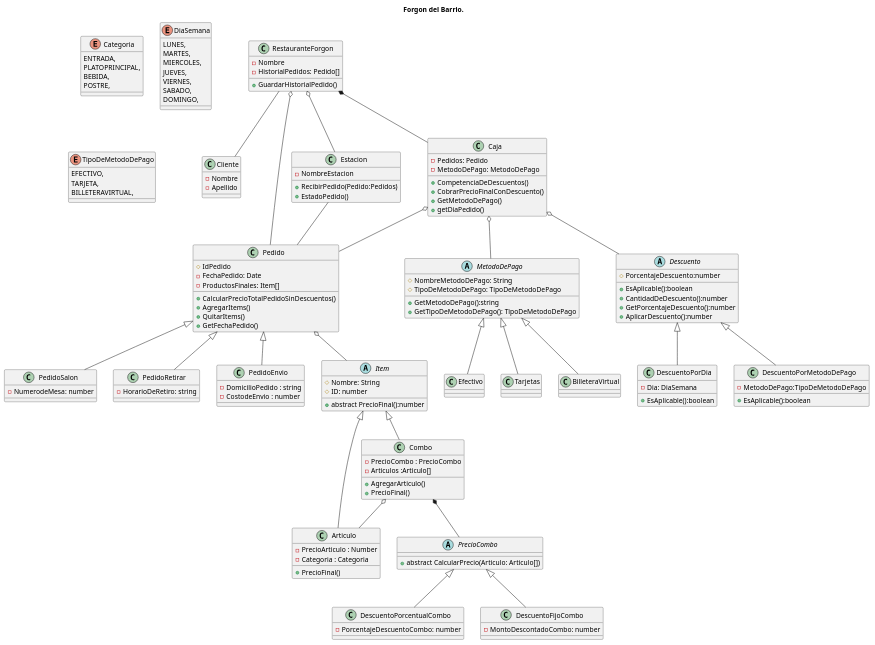
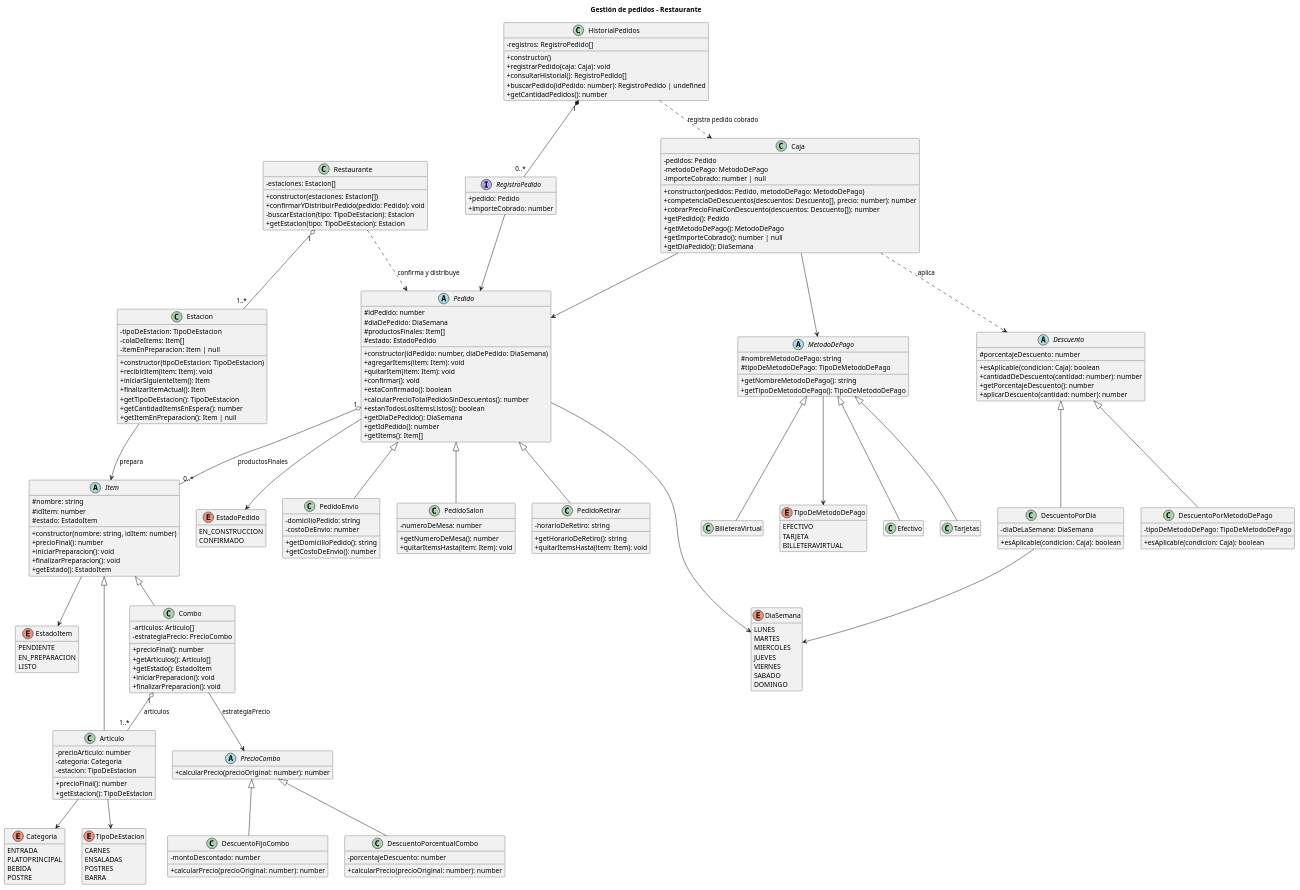
One commit to biglierilaram/Trabajo_Practico_Prog2 changed the diagram in Diagrama del TP/Restaurante.puml. Above: the diagram before and after it, drawn with PlantUML. The commit also changed 34 other files, not shown here.

Commit message:
Completa documentacion, diagramas y pruebas unitarias

```diff
--- a/Diagrama del TP/Restaurante.puml
+++ b/Diagrama del TP/Restaurante.puml
@@ -1,270 +1,292 @@
 @startuml Restaurante
 
-title Forgon del Barrio.
+title Gestión de pedidos - Restaurante
 
-class Cliente{
--Nombre
--Apellido
+skinparam classAttributeIconSize 0
+hide empty members
 
+' ==================================================
+' PEDIDOS
+' ==================================================
+
+abstract class Pedido {
+    #idPedido: number
+    #diaDePedido: DiaSemana
+    #productosFinales: Item[]
+    #estado: EstadoPedido
+
+    +constructor(idPedido: number, diaDePedido: DiaSemana)
+    +agregarItems(item: Item): void
+    +quitarItem(item: Item): void
+    +confirmar(): void
+    +estaConfirmado(): boolean
+    +calcularPrecioTotalPedidoSinDescuentos(): number
+    +estanTodosLosItemsListos(): boolean
+    +getDiaDePedido(): DiaSemana
+    +getIdPedido(): number
+    +getItems(): Item[]
 }
 
-'//////////////////////////////////////////////////////////////////////////////////////////////////////////////////////////////////
-
-class RestauranteForgon{
--Nombre
--HistorialPedidos: Pedido[]
-
-+GuardarHistorialPedido()
-
+class PedidoSalon {
+    -numeroDeMesa: number
+    +getNumeroDeMesa(): number
+    +quitarItemsHasta(item: Item): void
 }
 
-'//////////////////////////////////////////////////////////////////////////////////////////////////////////////////////////////////
-
-class Pedido{
-#IdPedido
--FechaPedido: Date
--ProductosFinales: Item[]
-
-+CalcularPrecioTotalPedidoSinDescuentos()
-+AgregarItems()
-+QuitarItems()
-+GetFechaPedido()
-
+class PedidoRetirar {
+    -horarioDeRetiro: string
+    +getHorarioDeRetiro(): string
+    +quitarItemsHasta(item: Item): void
 }
 
-
-
-class PedidoSalon{
--NumerodeMesa: number
+class PedidoEnvio {
+    -domicilioPedido: string
+    -costoDeEnvio: number
+    +getDomicilioPedido(): string
+    +getCostoDeEnvio(): number
 }
 
-class PedidoRetirar{
--HorarioDeRetiro: string
+Pedido <|-- PedidoSalon
+Pedido <|-- PedidoRetirar
+Pedido <|-- PedidoEnvio
 
+Pedido "1" o-- "0..*" Item : productosFinales
+
+' ==================================================
+' ITEMS Y COMBOS
+' ==================================================
+
+abstract class Item {
+    #nombre: string
+    #idItem: number
+    #estado: EstadoItem
+
+    +constructor(nombre: string, idItem: number)
+    +precioFinal(): number
+    +iniciarPreparacion(): void
+    +finalizarPreparacion(): void
+    +getEstado(): EstadoItem
 }
 
-class PedidoEnvio{
--DomicilioPedido : string
--CostodeEnvio : number
+class Articulo {
+    -precioArticulo: number
+    -categoria: Categoria
+    -estacion: TipoDeEstacion
+    +precioFinal(): number
+    +getEstacion(): TipoDeEstacion
 }
 
-'//////////////////////////////////////////////////////////////////////////////////////////////////////////////////////////////////
-
-class Estacion{
-
--NombreEstacion
-
-+RecibirPedido(Pedido:Pedidos)
-+EstadoPedido()
-
+class Combo {
+    -articulos: Articulo[]
+    -estrategiaPrecio: PrecioCombo
+    +precioFinal(): number
+    +getArticulos(): Articulo[]
+    +getEstado(): EstadoItem
+    +iniciarPreparacion(): void
+    +finalizarPreparacion(): void
 }
-
-'//////////////////////////////////////////////////////////////////////////////////////////////////////////////////////////////////
-
-'PADRE DE ARTICULO Y COMBO
-abstract class Item{
-#Nombre: String
-#ID: number
-'A CHECKEAR
-'constructor(Nombre:String,ID:number){'
-'this.Nombre = Nombre
-'this.ID = ID}
-
-+abstract PrecioFinal():number
-}
-
-
-
-enum Categoria{
-ENTRADA,
-PLATOPRINCIPAL,
-BEBIDA,
-POSTRE,
-}
-
-
-
-class Articulo{
--PrecioArticulo : Number
--Categoria : Categoria
-'A CHECKEAR
-'constructor(PrecioArticulo:PrecioArticulo, Categoria: Categoria){
-'    super(Nombre,ID);
-'    this.PrecioArticulo = PrecioArticulo
-'    this.Categoria = Categoria}
-
-+PrecioFinal()
-'return this.PrecioArticulo
-}
-
-'const Hamburguesita = new Articulo("Hamburguesa",12,9000,Categoria.PLATOPRINCIPAL);
-'Hamburguesita.PrecioFinal(); (Retorna 9k)
-'const Coquita = new Articulo ("Coquita",13,5000,Categoria.BEBIDA);
-
-
-class Combo{
--PrecioCombo : PrecioCombo
--Articulos :Articulo[]
-'constructor(){
-'super('Parametros);
-'this.PrecioCombo=PrecioCombo
-'this.Articulos: [];
-'}
-
-+AgregarArticulo()
-'this.Articulos.push(articulo);
-+PrecioFinal()
-'No tan claro como funciona este metodo en Combos
-}
-
-
-
-'const COMBO1 =new Combo("Combo 1",1,Descuentode30);
-'COMBO1.AgregarArticulo(Hamburguesita);
-'COMBO1.AgregarArticulo(Coquita);
-
-
-abstract class PrecioCombo{
-+abstract CalcularPrecio(Articulo: Articulo[])
-'Calcular Precio va a calcular en las clases de abajo por separado el precio final del combo con distintos descuentos.
-}
-
-
-class DescuentoPorcentualCombo{
--PorcentajeDescuentoCombo: number
-' +CalcularPrecio() Lo implementa o hereda (duda) desde PrecioCombo
-}
-
-'cont Descuentode30 = new DescuentoPorcentualCombo(30)
-'Descuento30.CalcularPrecio()
-
-
-class DescuentoFijoCombo{
--MontoDescontadoCombo: number
-' +CalcularPrecio() Lo implementa o hereda (duda) desde PrecioCombo
-}
-
-'//////////////////////////////////////////////////////////////////////////////////////////////////////////////////////////////////
-
-enum DiaSemana{
-LUNES,
-MARTES,
-MIERCOLES,
-JUEVES,
-VIERNES,
-SABADO,
-DOMINGO,
-}
-
-
-
-enum TipoDeMetodoDePago{
-EFECTIVO,
-TARJETA,
-BILLETERAVIRTUAL,
-}
-
-
-
-abstract class MetodoDePago{
-
-#NombreMetodoDePago: String
-#TipoDeMetodoDePago: TipoDeMetodoDePago
-
-+GetMetodoDePago():string
-+GetTipoDeMetodoDePago(): TipoDeMetodoDePago
-}
-
-
-
-class Efectivo{
-
-}
-
-class Tarjetas{
-
-}
-
-class BilleteraVirtual{
-
-}
-
-
-
-abstract class Descuento{
-
-#PorcentajeDescuento:number
-
-+EsAplicable():boolean
-+CantidadDeDescuento():number
-+GetPorcentajeDescuento():number
-+AplicarDescuento():number
-
-}
-
-
-class DescuentoPorDia{
-
--Dia: DiaSemana
-
-+EsAplicable():boolean
-
-}
-
-class DescuentoPorMetodoDePago{
-
--MetodoDePago:TipoDeMetodoDePago
-
-+EsAplicable():boolean
-
-}
-
-class Caja{
-
--Pedidos: Pedido
--MetodoDePago: MetodoDePago
-
-+CompetenciaDeDescuentos()
-+CobrarPrecioFinalConDescuento()
-+GetMetodoDePago()
-+getDiaPedido()
-
-}
-
-'////////////////////////////////////////////////////////////////////////////////////////////////////////////////////////////////////////////////////////////////////////////////////////////////////////////////////////////////////
-' Relaciones
-
-Pedido <|-- PedidoEnvio
-Pedido <|-- PedidoRetirar
-Pedido <|-- PedidoSalon
-Pedido o-- Item
 
 Item <|-- Articulo
 Item <|-- Combo
 
+Combo "1" o-- "1..*" Articulo : articulos
+
+' ==================================================
+' STRATEGY: PRECIO DE COMBOS
+' ==================================================
+
+abstract class PrecioCombo {
+    +calcularPrecio(precioOriginal: number): number
+}
+
+class DescuentoFijoCombo {
+    -montoDescontado: number
+    +calcularPrecio(precioOriginal: number): number
+}
+
+class DescuentoPorcentualCombo {
+    -porcentajeDescuento: number
+    +calcularPrecio(precioOriginal: number): number
+}
+
+PrecioCombo <|-- DescuentoFijoCombo
+PrecioCombo <|-- DescuentoPorcentualCombo
+
+Combo --> PrecioCombo : estrategiaPrecio
+
+' ==================================================
+' ESTACIONES Y RESTAURANTE
+' ==================================================
+
+class Estacion {
+    -tipoDeEstacion: TipoDeEstacion
+    -colaDeItems: Item[]
+    -itemEnPreparacion: Item | null
+
+    +constructor(tipoDeEstacion: TipoDeEstacion)
+    +recibirItem(item: Item): void
+    +iniciarSiguienteItem(): Item
+    +finalizarItemActual(): Item
+    +getTipoDeEstacion(): TipoDeEstacion
+    +getCantidadItemsEnEspera(): number
+    +getItemEnPreparacion(): Item | null
+}
+
+class Restaurante {
+    -estaciones: Estacion[]
+
+    +constructor(estaciones: Estacion[])
+    +confirmarYDistribuirPedido(pedido: Pedido): void
+    -buscarEstacion(tipo: TipoDeEstacion): Estacion
+    +getEstacion(tipo: TipoDeEstacion): Estacion
+}
+
+Restaurante "1" o-- "1..*" Estacion
+Estacion --> Item : prepara
+Restaurante ..> Pedido : confirma y distribuye
+
+' ==================================================
+' MEDIOS DE PAGO
+' ==================================================
+
+abstract class MetodoDePago {
+    #nombreMetodoDePago: string
+    #tipoDeMetodoDePago: TipoDeMetodoDePago
+
+    +getNombreMetodoDePago(): string
+    +getTipoDeMetodoDePago(): TipoDeMetodoDePago
+}
+
+class Efectivo
+class Tarjetas
+class BilleteraVirtual
 
 MetodoDePago <|-- Efectivo
 MetodoDePago <|-- Tarjetas
 MetodoDePago <|-- BilleteraVirtual
 
+' ==================================================
+' STRATEGY: DESCUENTOS
+' ==================================================
+
+abstract class Descuento {
+    #porcentajeDescuento: number
+
+    +esAplicable(condicion: Caja): boolean
+    +cantidadDeDescuento(cantidad: number): number
+    +getPorcentajeDescuento(): number
+    +aplicarDescuento(cantidad: number): number
+}
+
+class DescuentoPorDia {
+    -diaDeLaSemana: DiaSemana
+    +esAplicable(condicion: Caja): boolean
+}
+
+class DescuentoPorMetodoDePago {
+    -tipoDeMetodoDePago: TipoDeMetodoDePago
+    +esAplicable(condicion: Caja): boolean
+}
+
+Descuento <|-- DescuentoPorDia
 Descuento <|-- DescuentoPorMetodoDePago
-Descuento <|-- DescuentoPorDia
 
-PrecioCombo <|-- DescuentoFijoCombo
-PrecioCombo <|-- DescuentoPorcentualCombo
+' ==================================================
+' CAJA
+' ==================================================
 
-Combo o-- Articulo
-Combo *-- PrecioCombo
+class Caja {
+    -pedidos: Pedido
+    -metodoDePago: MetodoDePago
+    -importeCobrado: number | null
 
-Caja o-- MetodoDePago
-Caja o-- Pedido
-Caja o-- Descuento
+    +constructor(pedidos: Pedido, metodoDePago: MetodoDePago)
+    +competenciaDeDescuentos(descuentos: Descuento[], precio: number): number
+    +cobrarPrecioFinalConDescuento(descuentos: Descuento[]): number
+    +getPedido(): Pedido
+    +getMetodoDePago(): MetodoDePago
+    +getImporteCobrado(): number | null
+    +getDiaPedido(): DiaSemana
+}
 
-Estacion -- Pedido
+Caja --> Pedido
+Caja --> MetodoDePago
+Caja ..> Descuento : aplica
 
-RestauranteForgon o-- Estacion
-RestauranteForgon o-- Pedido
-RestauranteForgon -- Cliente
-RestauranteForgon *-- Caja
+' ==================================================
+' HISTORIAL DE PEDIDOS
+' ==================================================
+
+interface RegistroPedido {
+    +pedido: Pedido
+    +importeCobrado: number
+}
+
+class HistorialPedidos {
+    -registros: RegistroPedido[]
+
+    +constructor()
+    +registrarPedido(caja: Caja): void
+    +consultarHistorial(): RegistroPedido[]
+    +buscarPedido(idPedido: number): RegistroPedido | undefined
+    +getCantidadPedidos(): number
+}
+
+HistorialPedidos "1" *-- "0..*" RegistroPedido
+RegistroPedido --> Pedido
+HistorialPedidos ..> Caja : registra pedido cobrado
+
+' ==================================================
+' ENUMERACIONES
+' ==================================================
+
+enum Categoria {
+    ENTRADA
+    PLATOPRINCIPAL
+    BEBIDA
+    POSTRE
+}
+
+enum TipoDeEstacion {
+    CARNES
+    ENSALADAS
+    POSTRES
+    BARRA
+}
+
+enum DiaSemana {
+    LUNES
+    MARTES
+    MIERCOLES
+    JUEVES
+    VIERNES
+    SABADO
+    DOMINGO
+}
+
+enum TipoDeMetodoDePago {
+    EFECTIVO
+    TARJETA
+    BILLETERAVIRTUAL
+}
+
+enum EstadoItem {
+    PENDIENTE
+    EN_PREPARACION
+    LISTO
+}
+
+enum EstadoPedido {
+    EN_CONSTRUCCION
+    CONFIRMADO
+}
+
+Articulo --> Categoria
+Articulo --> TipoDeEstacion
+Item --> EstadoItem
+Pedido --> EstadoPedido
+Pedido --> DiaSemana
+MetodoDePago --> TipoDeMetodoDePago
+DescuentoPorDia --> DiaSemana
 
 @enduml
```
